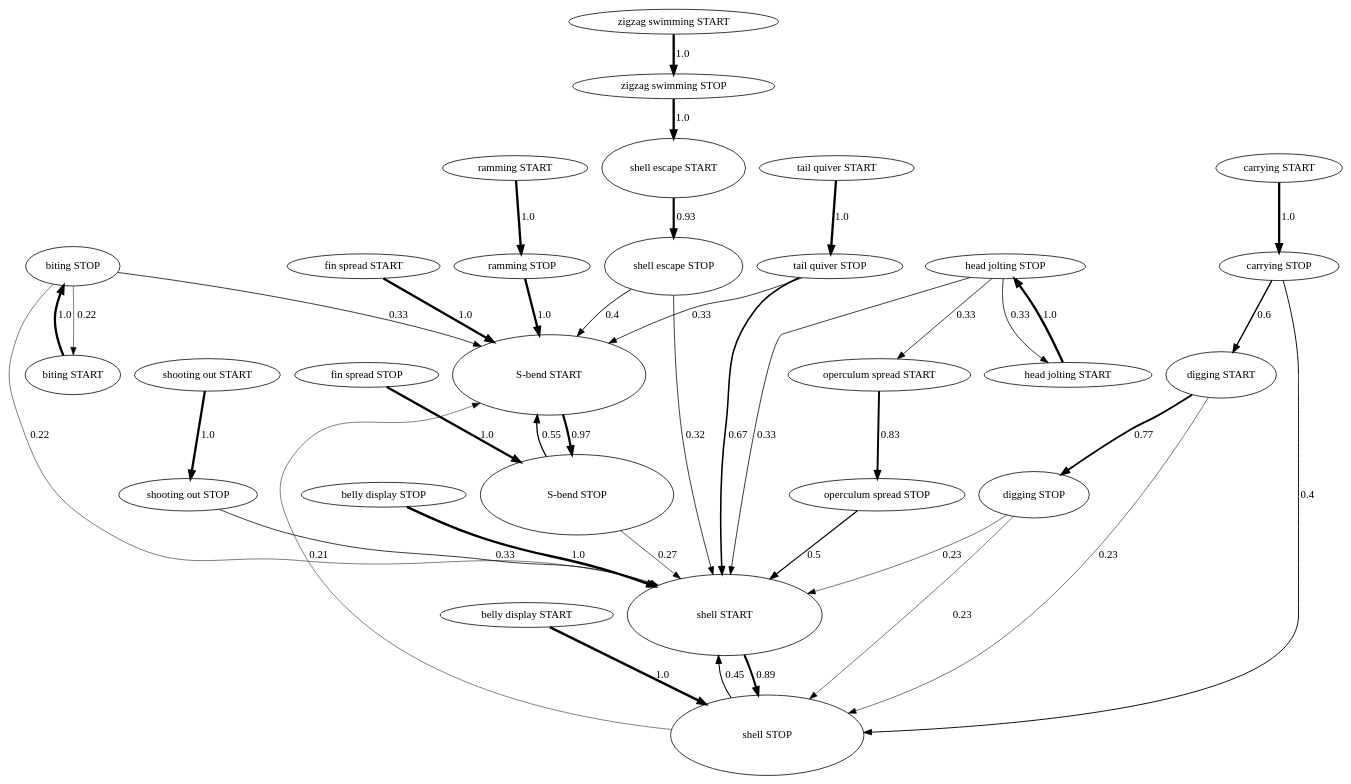
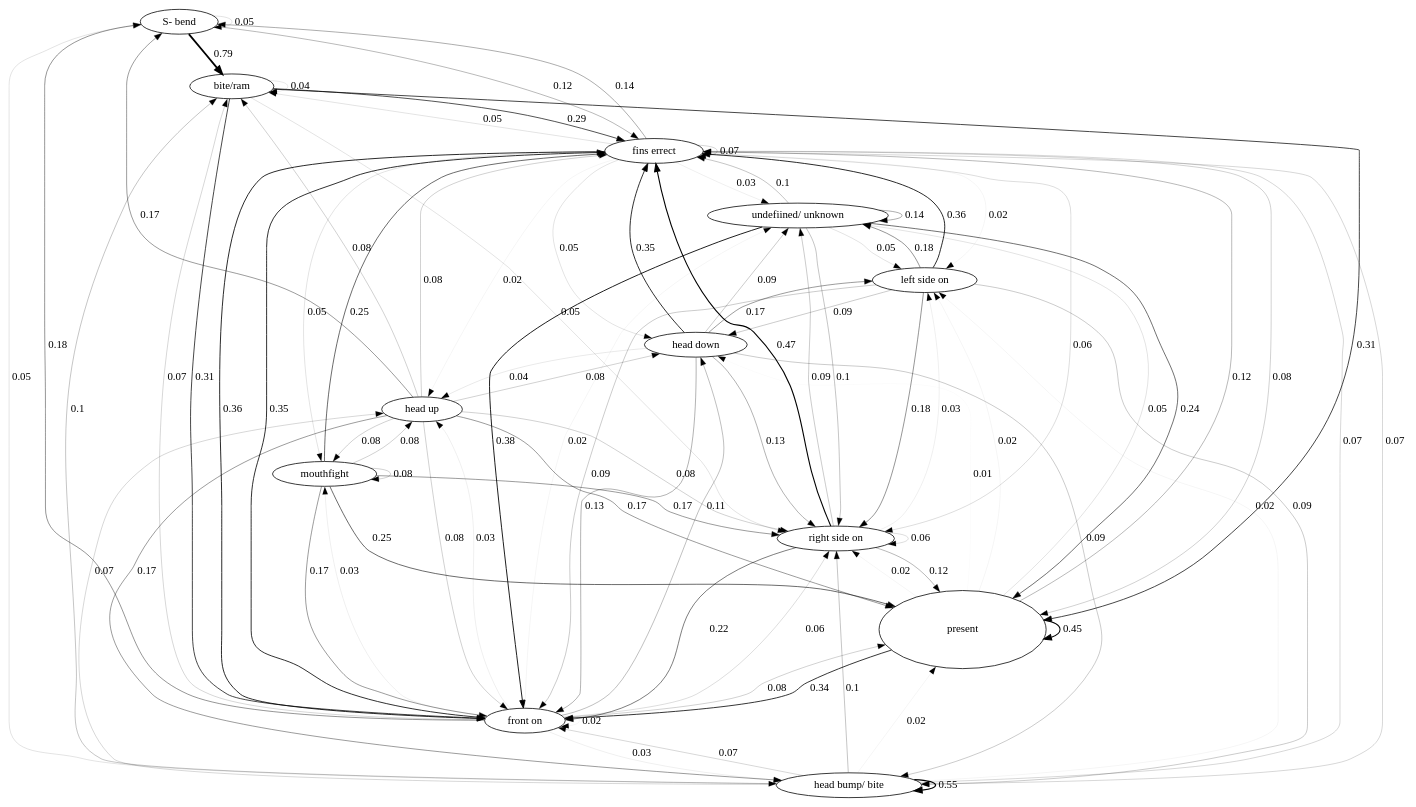
One commit to nicolkraus/AnalyzeBehavior changed the diagram in images/transitions.gv. Above: the diagram before and after it, drawn with Graphviz. The commit also changed 6 other files, not shown here.

```diff
--- a/images/transitions.gv
+++ b/images/transitions.gv
@@ -1,69 +1,101 @@
-strict digraph  {
-"S-bend START" [height="1.4476413321085955", width="3.474339197060629"];
-"S-bend STOP" [height="1.4439970843075616", width="3.4655930023381476"];
-"shell START" [height="1.4583333333333335", width="3.5"];
-"belly display START" [height="0.0", width="0.0"];
-"shell STOP" [height="1.4476413321085955", width="3.474339197060629"];
-"belly display STOP" [height="0.0", width="0.0"];
-"biting START" [height="0.7086323890091737", width="1.7007177336220167"];
-"biting STOP" [height="0.7086323890091737", width="1.7007177336220167"];
-"carrying START" [height="0.5190638429107624", width="1.2457532229858297"];
-"carrying STOP" [height="0.5190638429107624", width="1.2457532229858297"];
-"digging START" [height="0.8272282267427885", width="1.9853477441826923"];
-"digging STOP" [height="0.8272282267427885", width="1.9853477441826923"];
-"fin spread START" [height="0.0", width="0.0"];
-"fin spread STOP" [height="0.0", width="0.0"];
-"head jolting START" [height="0.35431619450458685", width="0.8503588668110084"];
-"head jolting STOP" [height="0.35431619450458685", width="0.8503588668110084"];
-"operculum spread START" [height="0.5778648237897424", width="1.3868755770953816"];
-"operculum spread STOP" [height="0.5778648237897424", width="1.3868755770953816"];
-"ramming START" [height="0.0", width="0.0"];
-"ramming STOP" [height="0.0", width="0.0"];
-"shell escape START" [height="1.074677603313223", width="2.5792262479517354"];
-"shell escape STOP" [height="1.0381276858215247", width="2.4915064459716594"];
-"shooting out START" [height="0.5778648237897424", width="1.3868755770953816"];
-"shooting out STOP" [height="0.5778648237897424", width="1.3868755770953816"];
-"tail quiver START" [height="0.35431619450458685", width="0.8503588668110084"];
-"tail quiver STOP" [height="0.35431619450458685", width="0.8503588668110084"];
-"zigzag swimming START" [height="0.0", width="0.0"];
-"zigzag swimming STOP" [height="0.0", width="0.0"];
-"S-bend START" -> "S-bend STOP"  [label="0.97", penwidth="2.91"];
-"S-bend STOP" -> "S-bend START"  [label="0.55", penwidth="1.6500000000000001"];
-"S-bend STOP" -> "shell START"  [label="0.27", penwidth="0.81"];
-"shell START" -> "shell STOP"  [label="0.89", penwidth="2.67"];
-"belly display START" -> "shell STOP"  [label="1.0", penwidth="3.0"];
-"shell STOP" -> "S-bend START"  [label="0.21", penwidth="0.63"];
-"shell STOP" -> "shell START"  [label="0.45", penwidth="1.35"];
-"belly display STOP" -> "shell START"  [label="1.0", penwidth="3.0"];
-"biting START" -> "biting STOP"  [label="1.0", penwidth="3.0"];
-"biting STOP" -> "S-bend START"  [label="0.33", penwidth="0.99"];
-"biting STOP" -> "biting START"  [label="0.22", penwidth="0.66"];
-"biting STOP" -> "shell START"  [label="0.22", penwidth="0.66"];
-"carrying START" -> "carrying STOP"  [label="1.0", penwidth="3.0"];
-"carrying STOP" -> "digging START"  [label="0.6", penwidth="1.7999999999999998"];
-"carrying STOP" -> "shell STOP"  [label="0.4", penwidth="1.2000000000000002"];
-"digging START" -> "digging STOP"  [label="0.77", penwidth="2.31"];
-"digging START" -> "shell STOP"  [label="0.23", penwidth="0.6900000000000001"];
-"digging STOP" -> "shell START"  [label="0.23", penwidth="0.6900000000000001"];
-"digging STOP" -> "shell STOP"  [label="0.23", penwidth="0.6900000000000001"];
-"fin spread START" -> "S-bend START"  [label="1.0", penwidth="3.0"];
-"fin spread STOP" -> "S-bend STOP"  [label="1.0", penwidth="3.0"];
-"head jolting START" -> "head jolting STOP"  [label="1.0", penwidth="3.0"];
-"head jolting STOP" -> "head jolting START"  [label="0.33", penwidth="0.99"];
-"head jolting STOP" -> "operculum spread START"  [label="0.33", penwidth="0.99"];
-"head jolting STOP" -> "shell START"  [label="0.33", penwidth="0.99"];
-"operculum spread START" -> "operculum spread STOP"  [label="0.83", penwidth="2.4899999999999998"];
-"operculum spread STOP" -> "shell START"  [label="0.5", penwidth="1.5"];
-"ramming START" -> "ramming STOP"  [label="1.0", penwidth="3.0"];
-"ramming STOP" -> "S-bend START"  [label="1.0", penwidth="3.0"];
-"shell escape START" -> "shell escape STOP"  [label="0.93", penwidth="2.79"];
-"shell escape STOP" -> "S-bend START"  [label="0.4", penwidth="1.2000000000000002"];
-"shell escape STOP" -> "shell START"  [label="0.32", penwidth="0.96"];
-"shooting out START" -> "shooting out STOP"  [label="1.0", penwidth="3.0"];
-"shooting out STOP" -> "shell START"  [label="0.33", penwidth="0.99"];
-"tail quiver START" -> "tail quiver STOP"  [label="1.0", penwidth="3.0"];
-"tail quiver STOP" -> "S-bend START"  [label="0.33", penwidth="0.99"];
-"tail quiver STOP" -> "shell START"  [label="0.67", penwidth="2.0100000000000002"];
-"zigzag swimming START" -> "zigzag swimming STOP"  [label="1.0", penwidth="3.0"];
-"zigzag swimming STOP" -> "shell escape START"  [label="1.0", penwidth="3.0"];
+digraph  {
+"S- bend" [height="0.0032076023480684035", width="0.0068734336030037224"];
+"bite/ram" [height="0.0", width="0.0"];
+"fins errect" [height="0.042560843678247376", width="0.09120180788195867"];
+"head bump/ bite" [height="0.0", width="0.0"];
+"front on" [height="0.05564905926617548", width="0.11924798414180461"];
+present [height="1.4", width="3.0"];
+"right side on" [height="0.00030478682952862253", width="0.0006531146347041912"];
+"head down" [height="0.00039243059653977573", width="0.0008409227068709481"];
+"head up" [height="0.00037225834229173503", width="0.0007976964477680037"];
+"left side on" [height="5.7138175145950065e-05", width="0.00012243894674132157"];
+mouthfight [height="7.696884780494319e-05", width="0.00016493324529630684"];
+"undefiined/ unknown" [height="0.0010871958303028625", width="0.0023297053506489912"];
+"S- bend" -> "S- bend"  [label="0.05", penwidth="0.15000000000000002"];
+"S- bend" -> "bite/ram"  [label="0.79", penwidth="2.37"];
+"S- bend" -> "fins errect"  [label="0.12", penwidth="0.36"];
+"S- bend" -> "head bump/ bite"  [label="0.05", penwidth="0.15000000000000002"];
+"bite/ram" -> "bite/ram"  [label="0.04", penwidth="0.12"];
+"bite/ram" -> "fins errect"  [label="0.29", penwidth="0.8699999999999999"];
+"bite/ram" -> "front on"  [label="0.31", penwidth="0.9299999999999999"];
+"bite/ram" -> present  [label="0.31", penwidth="0.9299999999999999"];
+"bite/ram" -> "right side on"  [label="0.05", penwidth="0.15000000000000002"];
+"fins errect" -> "S- bend"  [label="0.14", penwidth="0.42000000000000004"];
+"fins errect" -> "bite/ram"  [label="0.05", penwidth="0.15000000000000002"];
+"fins errect" -> "fins errect"  [label="0.07", penwidth="0.21000000000000002"];
+"fins errect" -> "front on"  [label="0.36", penwidth="1.08"];
+"fins errect" -> "head bump/ bite"  [label="0.07", penwidth="0.21000000000000002"];
+"fins errect" -> "head down"  [label="0.05", penwidth="0.15000000000000002"];
+"fins errect" -> "head up"  [label="0.02", penwidth="0.06"];
+"fins errect" -> "left side on"  [label="0.02", penwidth="0.06"];
+"fins errect" -> mouthfight  [label="0.05", penwidth="0.15000000000000002"];
+"fins errect" -> present  [label="0.08", penwidth="0.24"];
+"fins errect" -> "right side on"  [label="0.06", penwidth="0.18"];
+"fins errect" -> "undefiined/ unknown"  [label="0.03", penwidth="0.09"];
+"head bump/ bite" -> "bite/ram"  [label="0.1", penwidth="0.30000000000000004"];
+"head bump/ bite" -> "fins errect"  [label="0.07", penwidth="0.21000000000000002"];
+"head bump/ bite" -> "front on"  [label="0.07", penwidth="0.21000000000000002"];
+"head bump/ bite" -> "head bump/ bite"  [label="0.55", penwidth="1.6500000000000001"];
+"head bump/ bite" -> "head up"  [label="0.07", penwidth="0.21000000000000002"];
+"head bump/ bite" -> "left side on"  [label="0.02", penwidth="0.06"];
+"head bump/ bite" -> present  [label="0.02", penwidth="0.06"];
+"head bump/ bite" -> "right side on"  [label="0.1", penwidth="0.30000000000000004"];
+"front on" -> "S- bend"  [label="0.18", penwidth="0.54"];
+"front on" -> "bite/ram"  [label="0.07", penwidth="0.21000000000000002"];
+"front on" -> "fins errect"  [label="0.35", penwidth="1.0499999999999998"];
+"front on" -> "front on"  [label="0.02", penwidth="0.06"];
+"front on" -> "head bump/ bite"  [label="0.03", penwidth="0.09"];
+"front on" -> "head down"  [label="0.11", penwidth="0.33"];
+"front on" -> "head up"  [label="0.03", penwidth="0.09"];
+"front on" -> mouthfight  [label="0.03", penwidth="0.09"];
+"front on" -> present  [label="0.08", penwidth="0.24"];
+"front on" -> "right side on"  [label="0.06", penwidth="0.18"];
+"front on" -> "undefiined/ unknown"  [label="0.02", penwidth="0.06"];
+present -> "fins errect"  [label="0.12", penwidth="0.36"];
+present -> "front on"  [label="0.34", penwidth="1.02"];
+present -> "head down"  [label="0.01", penwidth="0.03"];
+present -> "left side on"  [label="0.02", penwidth="0.06"];
+present -> present  [label="0.45", penwidth="1.35"];
+present -> "right side on"  [label="0.02", penwidth="0.06"];
+present -> "undefiined/ unknown"  [label="0.05", penwidth="0.15000000000000002"];
+"right side on" -> "fins errect"  [label="0.47", penwidth="1.41"];
+"right side on" -> "front on"  [label="0.22", penwidth="0.66"];
+"right side on" -> "left side on"  [label="0.03", penwidth="0.09"];
+"right side on" -> present  [label="0.12", penwidth="0.36"];
+"right side on" -> "right side on"  [label="0.06", penwidth="0.18"];
+"right side on" -> "undefiined/ unknown"  [label="0.09", penwidth="0.27"];
+"head down" -> "fins errect"  [label="0.35", penwidth="1.0499999999999998"];
+"head down" -> "front on"  [label="0.13", penwidth="0.39"];
+"head down" -> "head bump/ bite"  [label="0.09", penwidth="0.27"];
+"head down" -> "head up"  [label="0.04", penwidth="0.12"];
+"head down" -> "left side on"  [label="0.17", penwidth="0.51"];
+"head down" -> "right side on"  [label="0.13", penwidth="0.39"];
+"head down" -> "undefiined/ unknown"  [label="0.09", penwidth="0.27"];
+"head up" -> "S- bend"  [label="0.17", penwidth="0.51"];
+"head up" -> "bite/ram"  [label="0.08", penwidth="0.24"];
+"head up" -> "fins errect"  [label="0.08", penwidth="0.24"];
+"head up" -> "front on"  [label="0.08", penwidth="0.24"];
+"head up" -> "head bump/ bite"  [label="0.17", penwidth="0.51"];
+"head up" -> "head down"  [label="0.08", penwidth="0.24"];
+"head up" -> mouthfight  [label="0.08", penwidth="0.24"];
+"head up" -> present  [label="0.17", penwidth="0.51"];
+"head up" -> "right side on"  [label="0.08", penwidth="0.24"];
+"left side on" -> "fins errect"  [label="0.36", penwidth="1.08"];
+"left side on" -> "front on"  [label="0.09", penwidth="0.27"];
+"left side on" -> "head bump/ bite"  [label="0.09", penwidth="0.27"];
+"left side on" -> "head down"  [label="0.09", penwidth="0.27"];
+"left side on" -> "right side on"  [label="0.18", penwidth="0.54"];
+"left side on" -> "undefiined/ unknown"  [label="0.18", penwidth="0.54"];
+mouthfight -> "fins errect"  [label="0.25", penwidth="0.75"];
+mouthfight -> "front on"  [label="0.17", penwidth="0.51"];
+mouthfight -> "head up"  [label="0.08", penwidth="0.24"];
+mouthfight -> mouthfight  [label="0.08", penwidth="0.24"];
+mouthfight -> present  [label="0.25", penwidth="0.75"];
+mouthfight -> "right side on"  [label="0.17", penwidth="0.51"];
+"undefiined/ unknown" -> "fins errect"  [label="0.1", penwidth="0.30000000000000004"];
+"undefiined/ unknown" -> "front on"  [label="0.38", penwidth="1.1400000000000001"];
+"undefiined/ unknown" -> "left side on"  [label="0.05", penwidth="0.15000000000000002"];
+"undefiined/ unknown" -> present  [label="0.24", penwidth="0.72"];
+"undefiined/ unknown" -> "right side on"  [label="0.1", penwidth="0.30000000000000004"];
+"undefiined/ unknown" -> "undefiined/ unknown"  [label="0.14", penwidth="0.42000000000000004"];
 }
```
